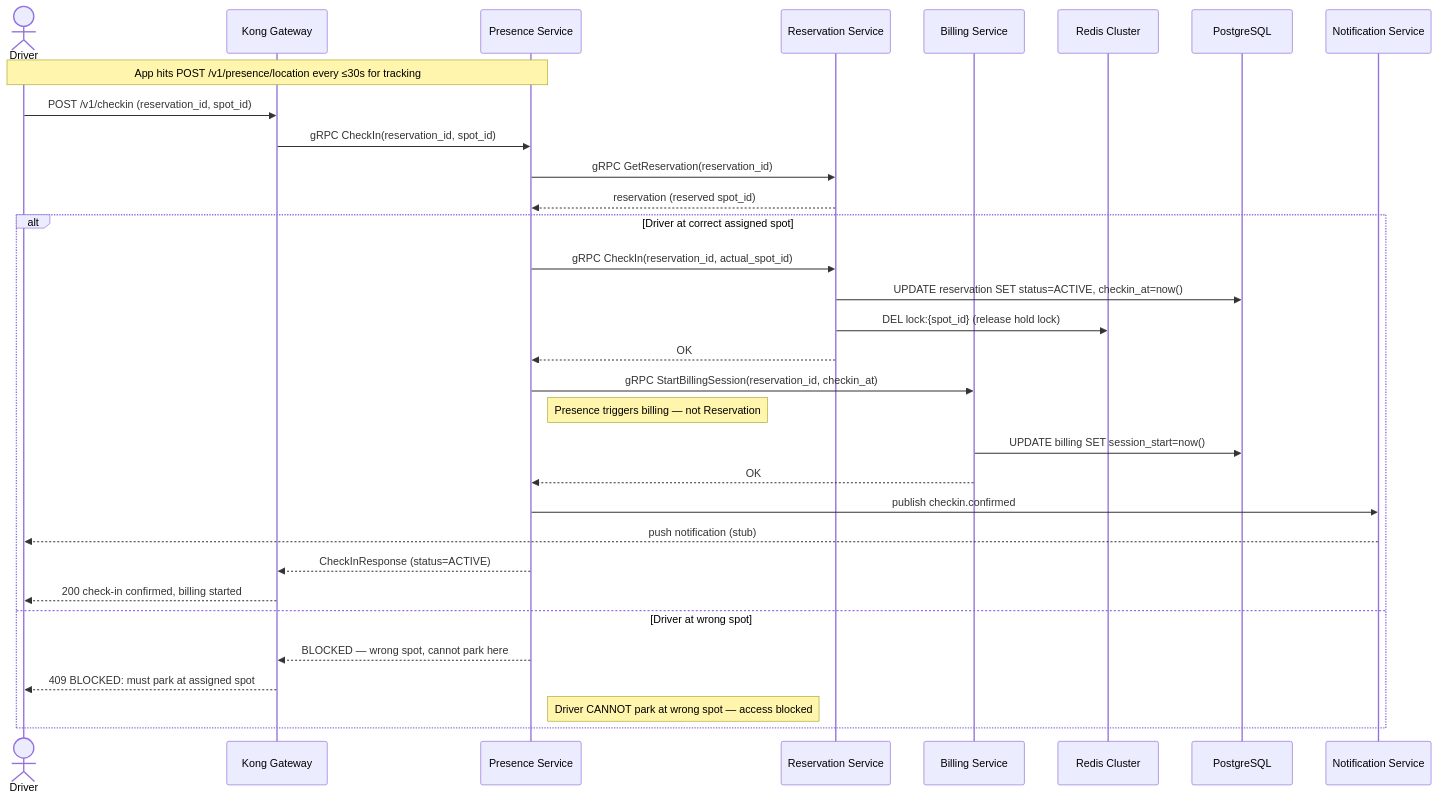
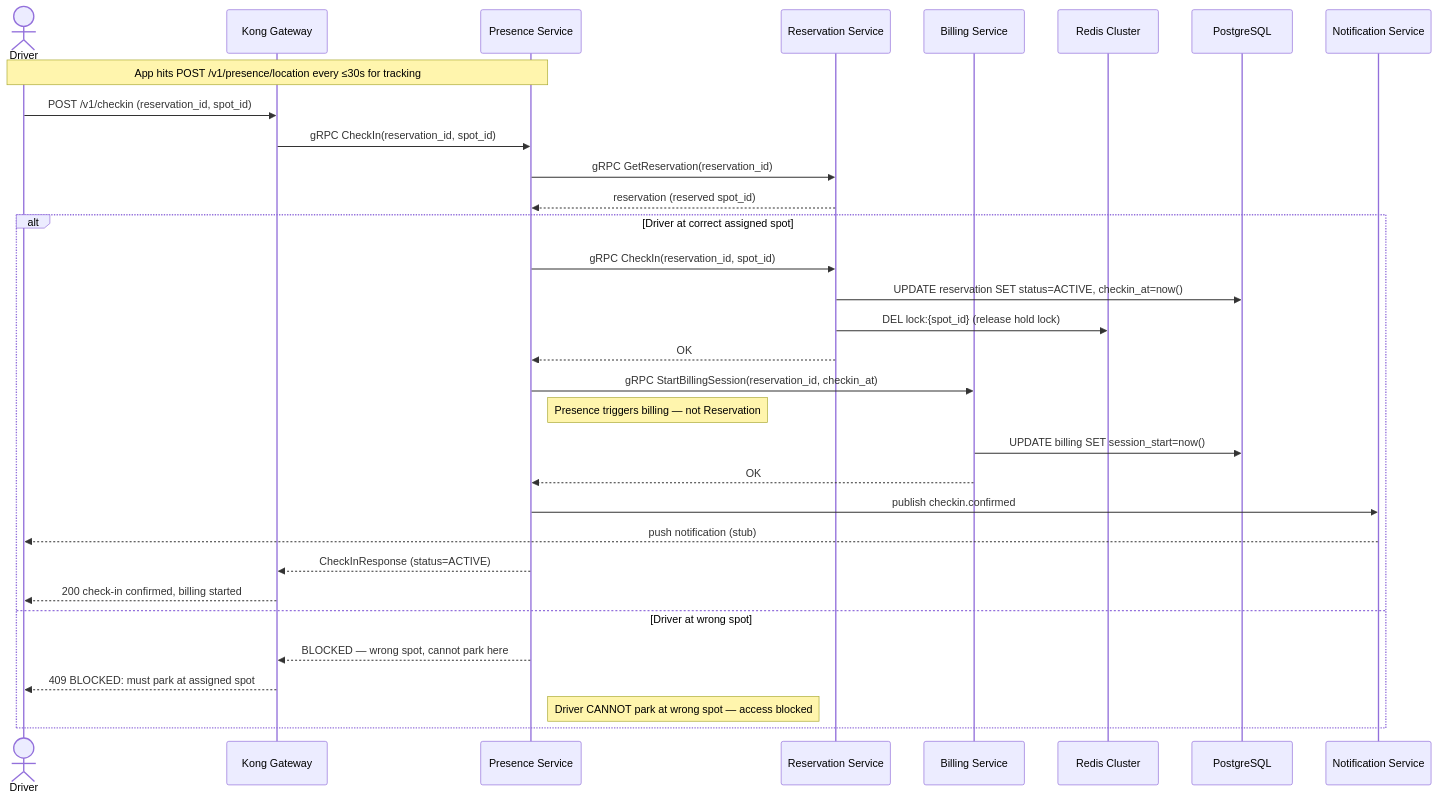
Before and after one commit to ParkirPintar/parkir-pintar-backend: diagram 15 of 23 in README.md, drawn with Mermaid. The commit also changed other lines of this file and 12 other files, not shown here.

Commit message:
docs(api): add API documentation site and infrastructure diagrams

````diff
--- a/README.md
+++ b/README.md
@@ -1094,40 +1094,40 @@
 ```mermaid
 sequenceDiagram
     actor Driver
     participant Kong as Kong Gateway
     participant Presence as Presence Service
     participant Reservation as Reservation Service
     participant Billing as Billing Service
     participant Redis as Redis Cluster
     participant DB as PostgreSQL
     participant Notif as Notification Service
 
     note over Driver,Presence: App hits POST /v1/presence/location every ≤30s for tracking
 
     Driver->>Kong: POST /v1/checkin (reservation_id, spot_id)
     Kong->>Presence: gRPC CheckIn(reservation_id, spot_id)
 
     Presence->>Reservation: gRPC GetReservation(reservation_id)
     Reservation-->>Presence: reservation (reserved spot_id)
 
     alt Driver at correct assigned spot
-        Presence->>Reservation: gRPC CheckIn(reservation_id, actual_spot_id)
+        Presence->>Reservation: gRPC CheckIn(reservation_id, spot_id)
         Reservation->>DB: UPDATE reservation SET status=ACTIVE, checkin_at=now()
         Reservation->>Redis: DEL lock:{spot_id} (release hold lock)
         Reservation-->>Presence: OK
 
         Presence->>Billing: gRPC StartBillingSession(reservation_id, checkin_at)
         note right of Presence: Presence triggers billing — not Reservation
         Billing->>DB: UPDATE billing SET session_start=now()
         Billing-->>Presence: OK
 
         Presence->>Notif: publish checkin.confirmed
         Notif-->>Driver: push notification (stub)
         Presence-->>Kong: CheckInResponse (status=ACTIVE)
         Kong-->>Driver: 200 check-in confirmed, billing started
     else Driver at wrong spot
         Presence-->>Kong: BLOCKED — wrong spot, cannot park here
         Kong-->>Driver: 409 BLOCKED: must park at assigned spot
         note right of Presence: Driver CANNOT park at wrong spot — access blocked
     end
 ```
````
